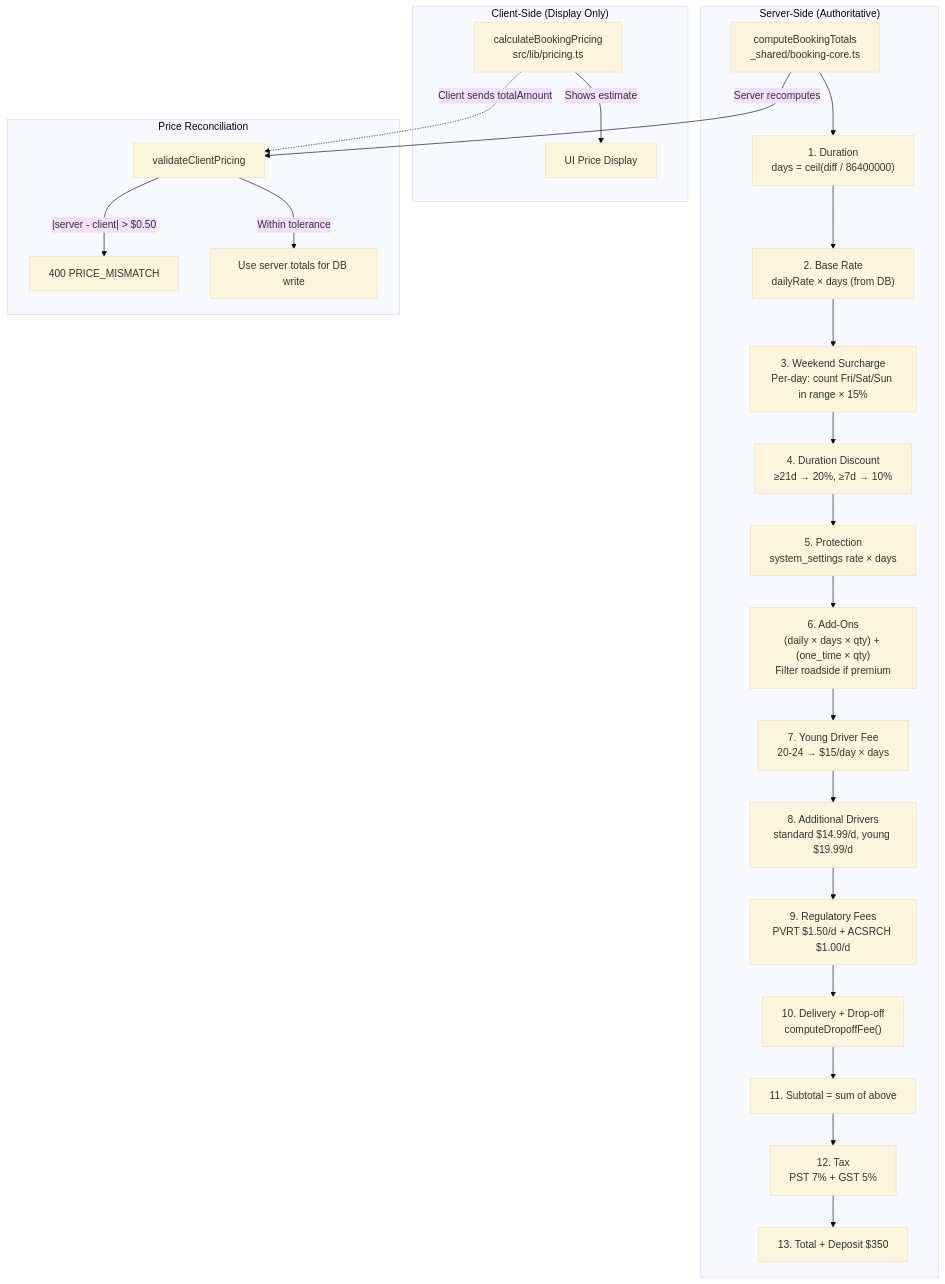
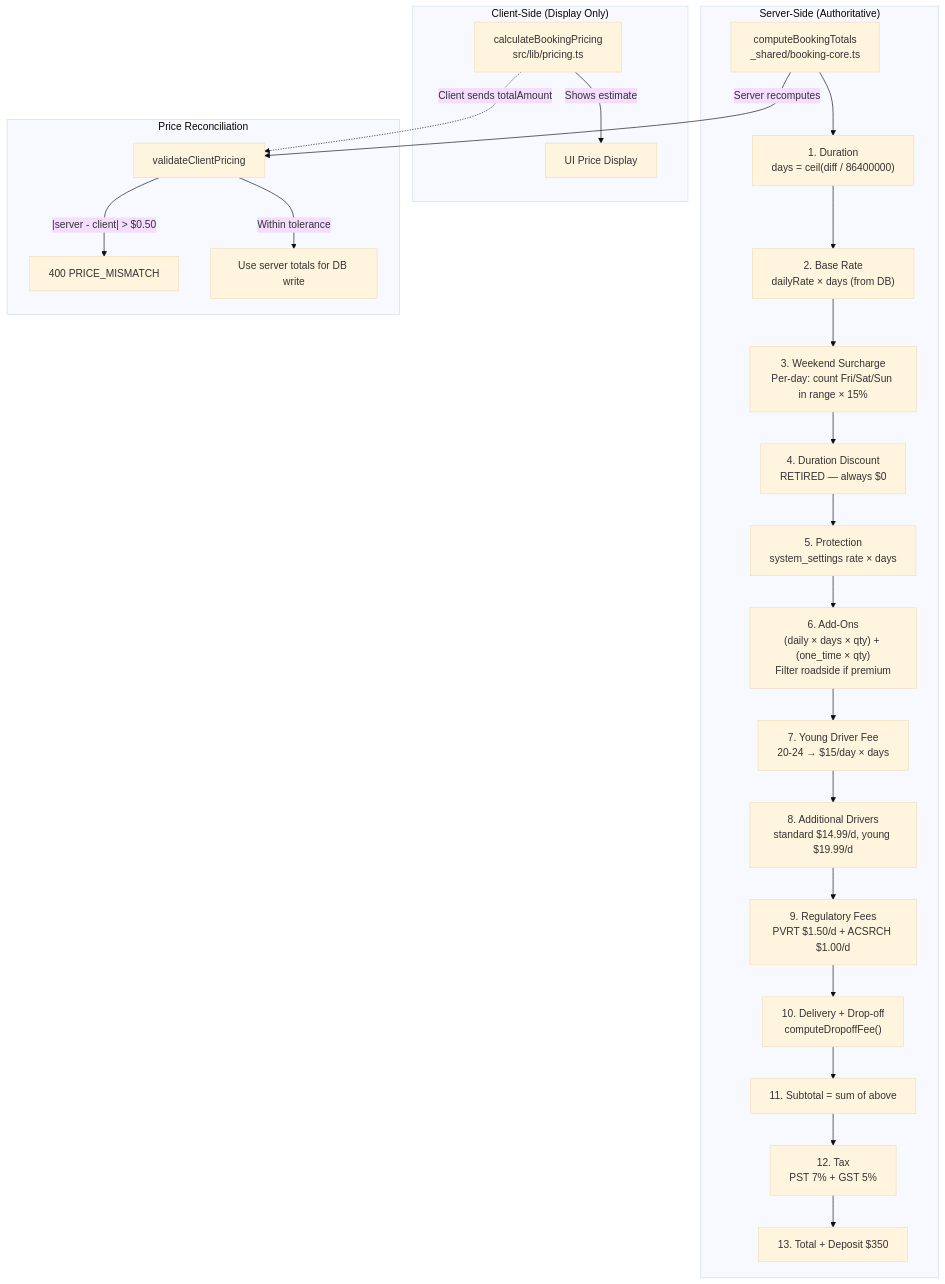
One commit to mapsensemedia/betterrental changed the diagram in knowledgebase/diagrams/pricing-engine.mmd. Above: the diagram before and after it, drawn with Mermaid. The commit also changed 1 other file, not shown here.

```diff
--- a/knowledgebase/diagrams/pricing-engine.mmd
+++ b/knowledgebase/diagrams/pricing-engine.mmd
@@ -1,33 +1,33 @@
 %%{ init: { 'theme': 'base' } }%%
 graph TD
     subgraph Client["Client-Side (Display Only)"]
         CP[calculateBookingPricing<br/>src/lib/pricing.ts]
         CP -->|Shows estimate| UIPreview[UI Price Display]
     end
 
     subgraph Server["Server-Side (Authoritative)"]
         CBT[computeBookingTotals<br/>_shared/booking-core.ts]
 
         CBT --> Duration["1. Duration<br/>days = ceil(diff / 86400000)"]
         Duration --> BaseRate["2. Base Rate<br/>dailyRate × days (from DB)"]
         BaseRate --> Weekend["3. Weekend Surcharge<br/>Per-day: count Fri/Sat/Sun in range × 15%"]
-        Weekend --> DurationDisc["4. Duration Discount<br/>≥21d → 20%, ≥7d → 10%"]
+        Weekend --> DurationDisc["4. Duration Discount<br/>RETIRED — always $0"]
         DurationDisc --> Protection["5. Protection<br/>system_settings rate × days"]
         Protection --> AddOns["6. Add-Ons<br/>(daily × days × qty) + (one_time × qty)<br/>Filter roadside if premium"]
         AddOns --> YoungDriver["7. Young Driver Fee<br/>20-24 → $15/day × days"]
         YoungDriver --> AdditionalDrivers["8. Additional Drivers<br/>standard $14.99/d, young $19.99/d"]
         AdditionalDrivers --> RegFees["9. Regulatory Fees<br/>PVRT $1.50/d + ACSRCH $1.00/d"]
         RegFees --> Delivery["10. Delivery + Drop-off<br/>computeDropoffFee()"]
         Delivery --> Subtotal["11. Subtotal = sum of above"]
         Subtotal --> Tax["12. Tax<br/>PST 7% + GST 5%"]
         Tax --> Total["13. Total + Deposit $350"]
     end
 
     subgraph Validation["Price Reconciliation"]
         VCP[validateClientPricing]
         VCP -->|"|server - client| > $0.50"| Reject[400 PRICE_MISMATCH]
         VCP -->|"Within tolerance"| Accept[Use server totals for DB write]
     end
 
     CP -.->|"Client sends totalAmount"| VCP
     CBT -->|"Server recomputes"| VCP
```
